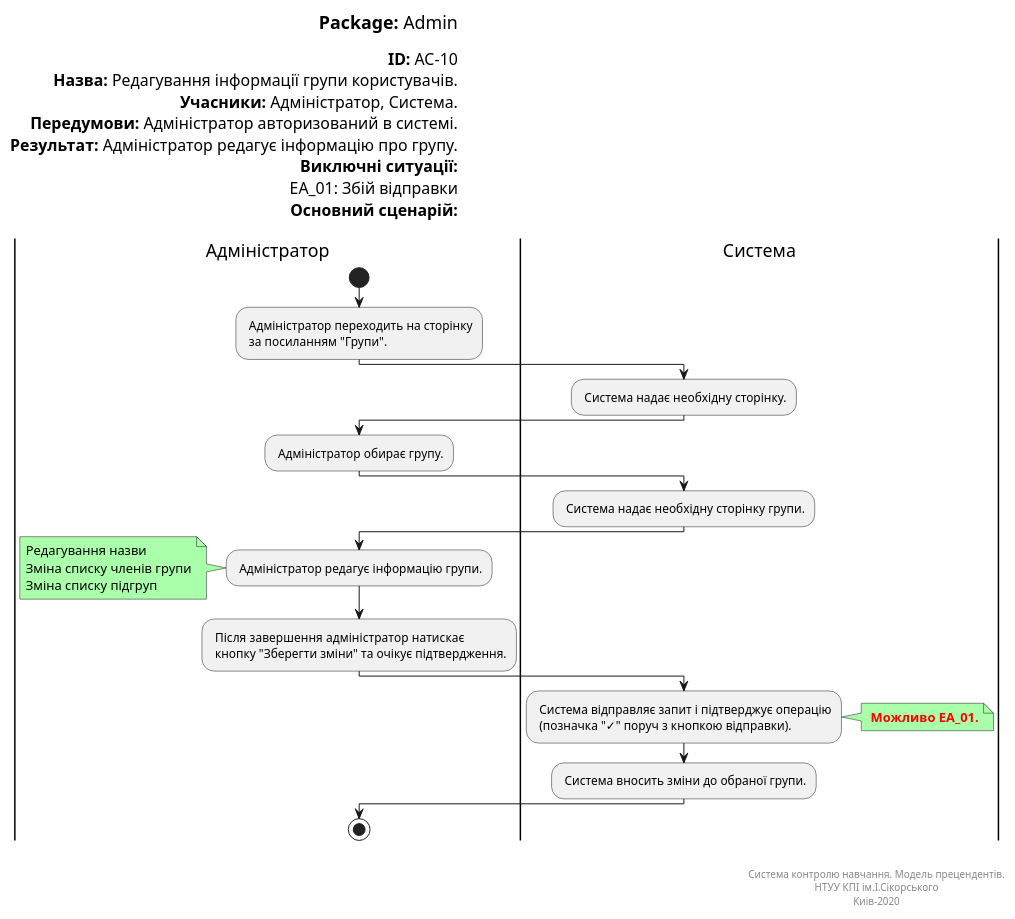
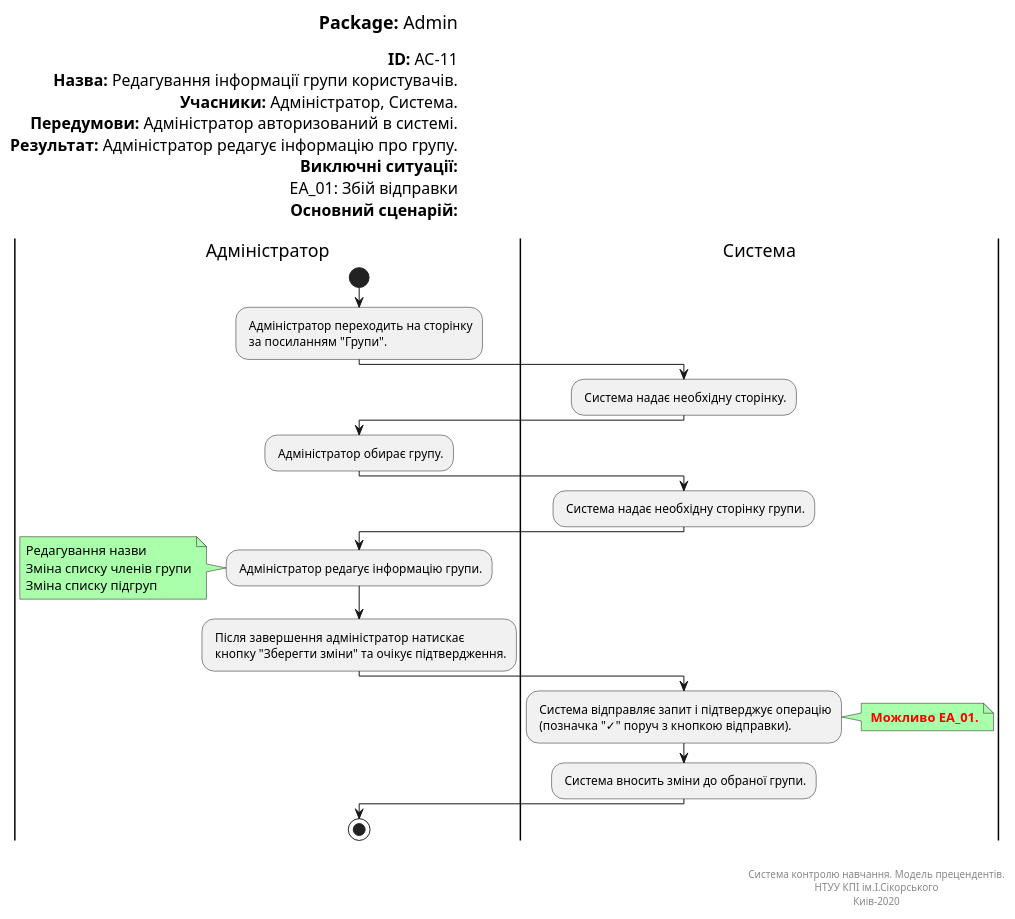
The diagram in docs/UML_Diagrams/scenarios/admin/src/edit_group.pu (vladlinu/TeamOne), drawn with PlantUML before and after one commit. The commit also changed 18 other files, not shown here.

```diff
--- a/docs/UML_Diagrams/scenarios/admin/src/edit_group.pu
+++ b/docs/UML_Diagrams/scenarios/admin/src/edit_group.pu
@@ -1,62 +1,62 @@
 @startuml
 left header
 <font color=000 size=18><b>Package:</b> Admin
 
-<font color=000 size=16><b>ID:</b> AC-10
+<font color=000 size=16><b>ID:</b> AC-11
 <font color=000 size=16><b>Назва:</b> Редагування інформації групи користувачів.
 <font color=000 size=16><b>Учасники:</b> Адміністратор, Система.
 <font color=000 size=16><b>Передумови:</b> Адміністратор авторизований в системі.
 <font color=000 size=16><b>Результат:</b> Адміністратор редагує інформацію про групу.
 <font color=000 size=16><b>Виключні ситуації:</b>
 <font color=000 size=16> EA_01: Збій відправки
 <font color=000 size=16><b>Основний сценарій:</b>
 
 end header
 
 |Адміністратор|
 start
 : Адміністратор переходить на сторінку 
  за посиланням "Групи".;
 
 |Система|
 : Система надає необхідну сторінку.;
 
 |Адміністратор|
 : Адміністратор обирає групу.;
 
 |Система|
 : Система надає необхідну сторінку групи.;
 
 |Адміністратор|
 : Адміністратор редагує інформацію групи.;
 
 note left #aaffaa
 Редагування назви
 Зміна списку членів групи
 Зміна списку підгруп
 end note
 
 : Після завершення  адміністратор натискає
  кнопку "Зберегти зміни" та очікує підтвердження.;
 
 |Система|
 : Система відправляє запит і підтверджує операцію
  (позначка "✓" поруч з кнопкою відправки).;
 
 note right #aaffaa
 <font color=red><b> Можливо EA_01.
 end note
 
 : Система вносить зміни до обраної групи.;
 
 |Адміністратор|
 stop;
 
 right footer
 
 
 Система контролю навчання. Модель прецендентів.
 НТУУ КПІ ім.І.Сікорського
 Киів-2020
 end footer
 @enduml
```
